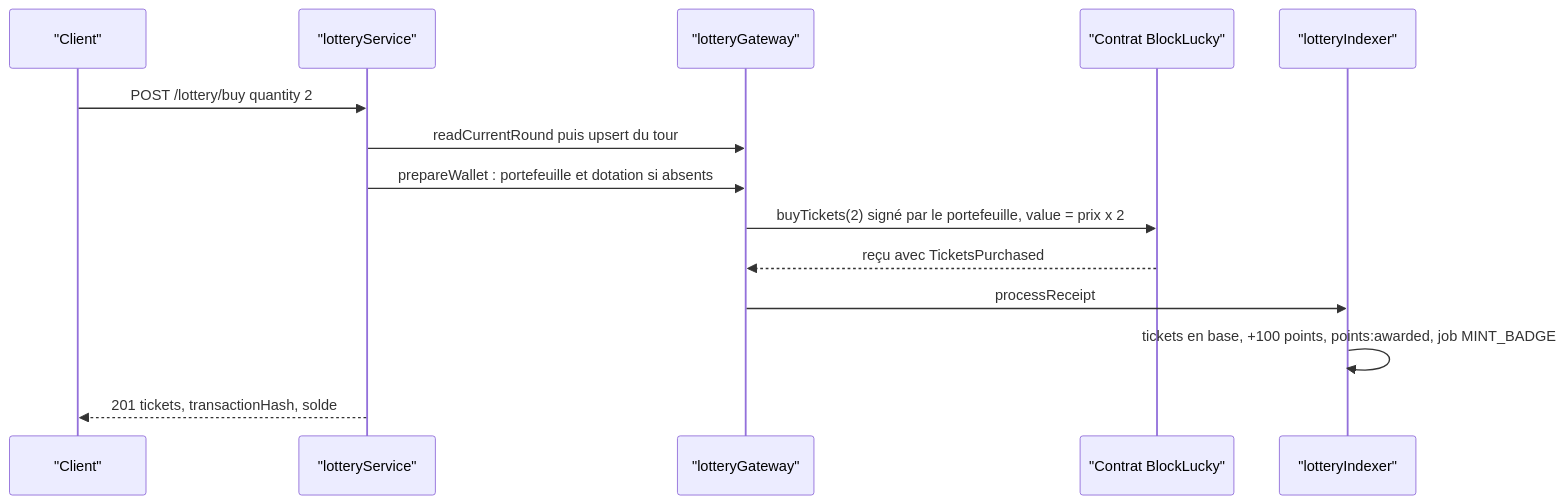
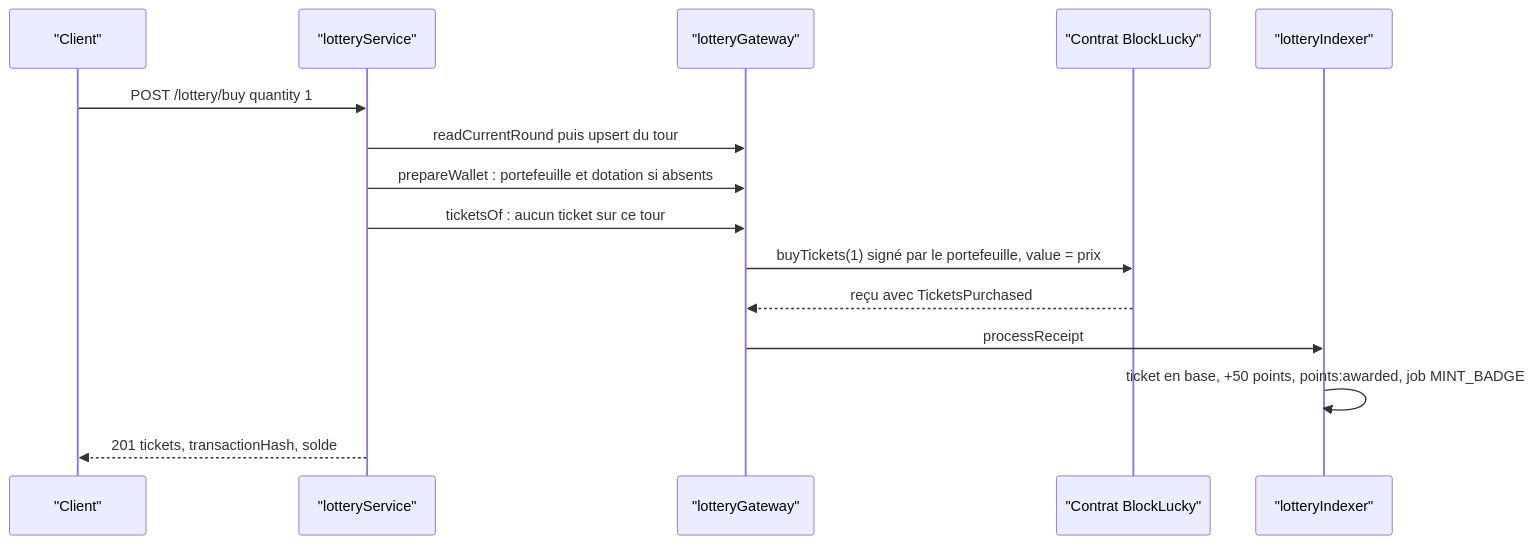
Before and after one commit to MarceauTDML/BlockLucky: the diagram in documentation-officielle/content/backend/modules/loterie.md, drawn with Mermaid. The commit also changed other lines of this file and 84 other files, not shown here.

````diff
--- a/documentation-officielle/content/backend/modules/loterie.md
+++ b/documentation-officielle/content/backend/modules/loterie.md
@@ -120,16 +159,17 @@
 ```mermaid
 sequenceDiagram
     participant C as "Client"
     participant S as "lotteryService"
     participant G as "lotteryGateway"
     participant BC as "Contrat BlockLucky"
     participant I as "lotteryIndexer"
-    C->>S: POST /lottery/buy quantity 2
+    C->>S: POST /lottery/buy quantity 1
     S->>G: readCurrentRound puis upsert du tour
     S->>G: prepareWallet : portefeuille et dotation si absents
-    G->>BC: buyTickets(2) signé par le portefeuille, value = prix x 2
+    S->>G: ticketsOf : aucun ticket sur ce tour
+    G->>BC: buyTickets(1) signé par le portefeuille, value = prix
     BC-->>G: reçu avec TicketsPurchased
     G->>I: processReceipt
-    I->>I: tickets en base, +100 points, points:awarded, job MINT_BADGE
+    I->>I: ticket en base, +50 points, points:awarded, job MINT_BADGE
     S-->>C: 201 tickets, transactionHash, solde
 ```
````
